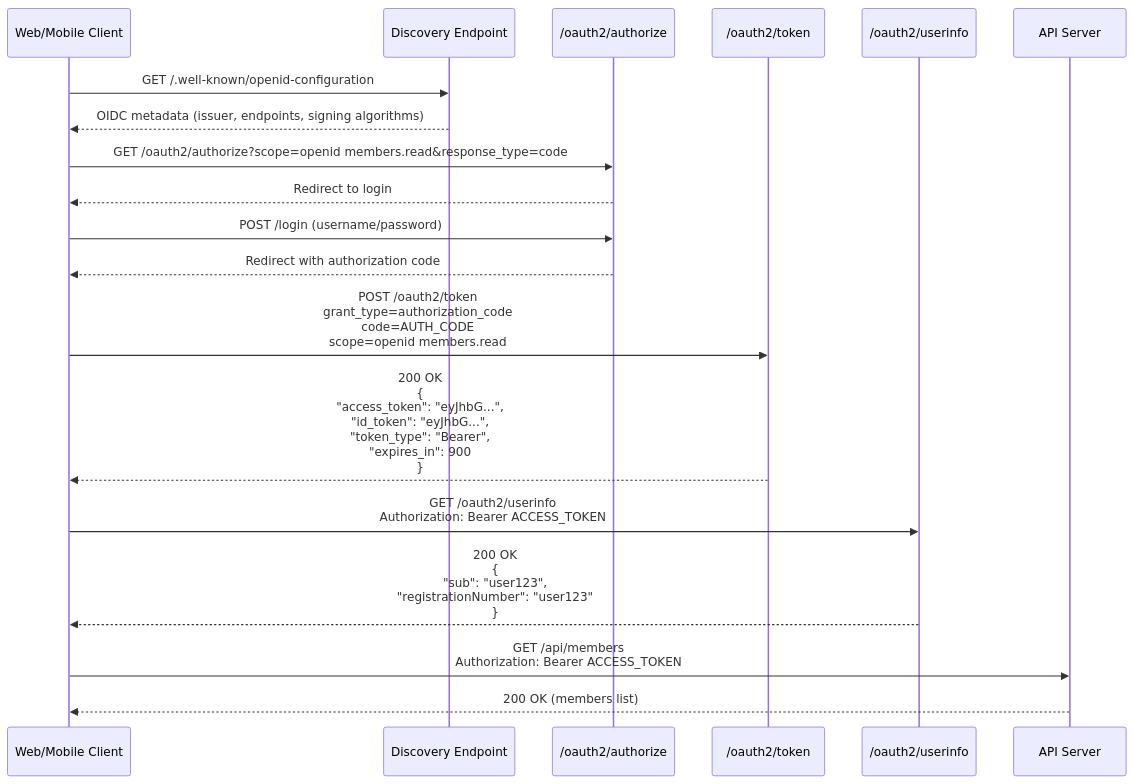
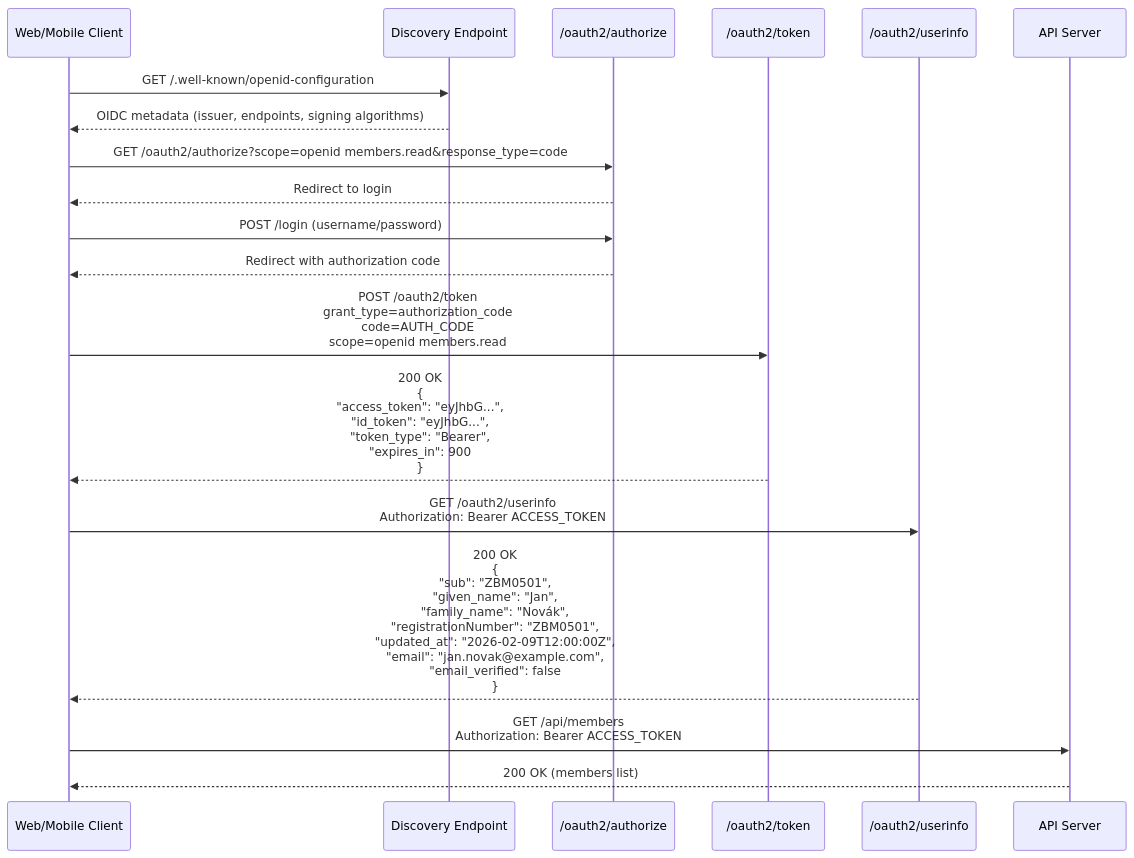
Before and after one commit to zabiny/klabis: diagram 15 of 15 in backend/docs/SPRING_SECURITY_ARCHITECTURE.md, drawn with Mermaid. The commit also changed other lines of this file and 17 other files, not shown here.

First line of the commit message:
feat(auth): Implement OIDC scope-based UserInfo endpoint

````diff
--- a/backend/docs/SPRING_SECURITY_ARCHITECTURE.md
+++ b/backend/docs/SPRING_SECURITY_ARCHITECTURE.md
@@ -738,26 +784,26 @@
 ```mermaid
 sequenceDiagram
     participant Client as Web/Mobile Client
     participant Discovery as Discovery Endpoint
     participant AuthEndpoint as /oauth2/authorize
     participant TokenEndpoint as /oauth2/token
     participant UserInfoEndpoint as /oauth2/userinfo
     participant ResourceServer as API Server
 
     Client->>Discovery: GET /.well-known/openid-configuration
     Discovery-->>Client: OIDC metadata (issuer, endpoints, signing algorithms)
 
     Client->>AuthEndpoint: GET /oauth2/authorize?scope=openid members.read&response_type=code
     AuthEndpoint-->>Client: Redirect to login
     Client->>AuthEndpoint: POST /login (username/password)
     AuthEndpoint-->>Client: Redirect with authorization code
 
     Client->>TokenEndpoint: POST /oauth2/token<br/>grant_type=authorization_code<br/>code=AUTH_CODE<br/>scope=openid members.read
     TokenEndpoint-->>Client: 200 OK<br/>{<br/>  "access_token": "eyJhbG...",<br/>  "id_token": "eyJhbG...",<br/>  "token_type": "Bearer",<br/>  "expires_in": 900<br/>}
 
     Client->>UserInfoEndpoint: GET /oauth2/userinfo<br/>Authorization: Bearer ACCESS_TOKEN
-    UserInfoEndpoint-->>Client: 200 OK<br/>{<br/>  "sub": "user123",<br/>  "registrationNumber": "user123"<br/>}
+    UserInfoEndpoint-->>Client: 200 OK<br/>{<br/>  "sub": "ZBM0501",<br/>  "given_name": "Jan",<br/>  "family_name": "Novák",<br/>  "registrationNumber": "ZBM0501",<br/>  "updated_at": "2026-02-09T12:00:00Z",<br/>  "email": "jan.novak@example.com",<br/>  "email_verified": false<br/>}
 
     Client->>ResourceServer: GET /api/members<br/>Authorization: Bearer ACCESS_TOKEN
     ResourceServer-->>Client: 200 OK (members list)
 ```
````
